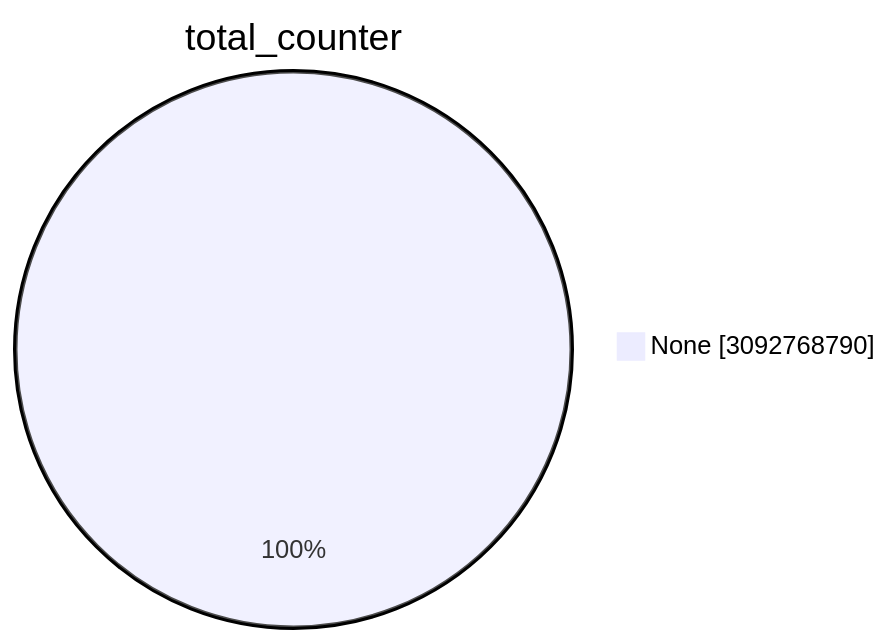
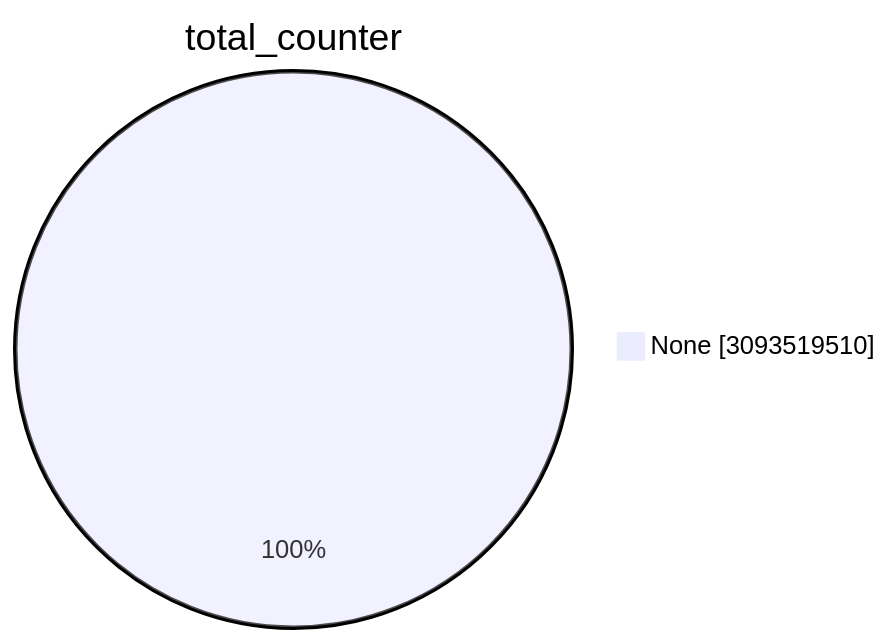
Before and after one commit to christiankrug/ctmonitor_visualization: the first of 15 diagrams in TOTAL/README.md, drawn with Mermaid. The commit also changed other lines of this file, not shown here.

````diff
--- a/TOTAL/README.md
+++ b/TOTAL/README.md
@@ -1,5 +1,5 @@
 ```mermaid
 pie showData
 title total_counter
-"None" :3092768790
+"None" :3093519510
 ```
````
